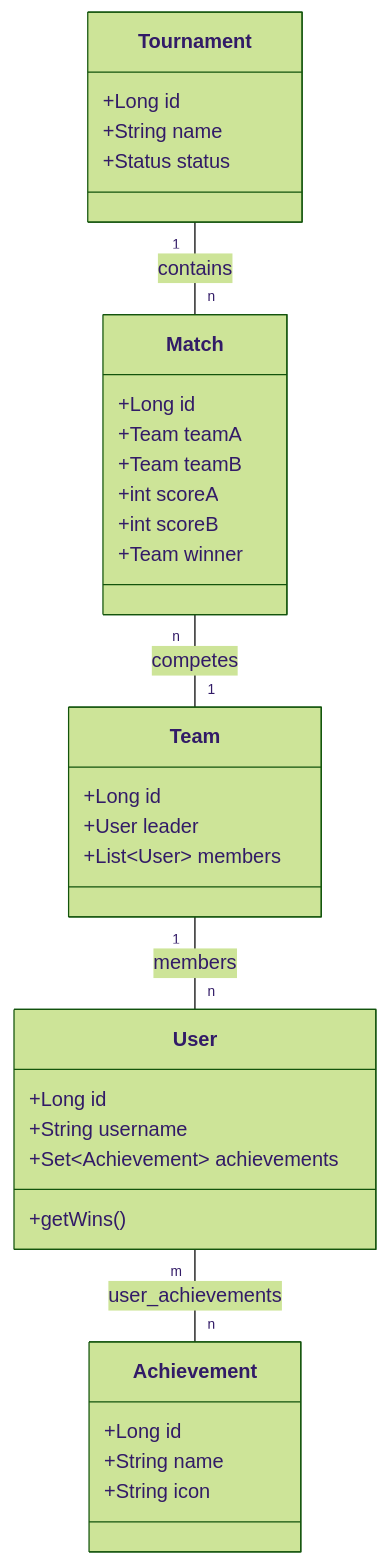
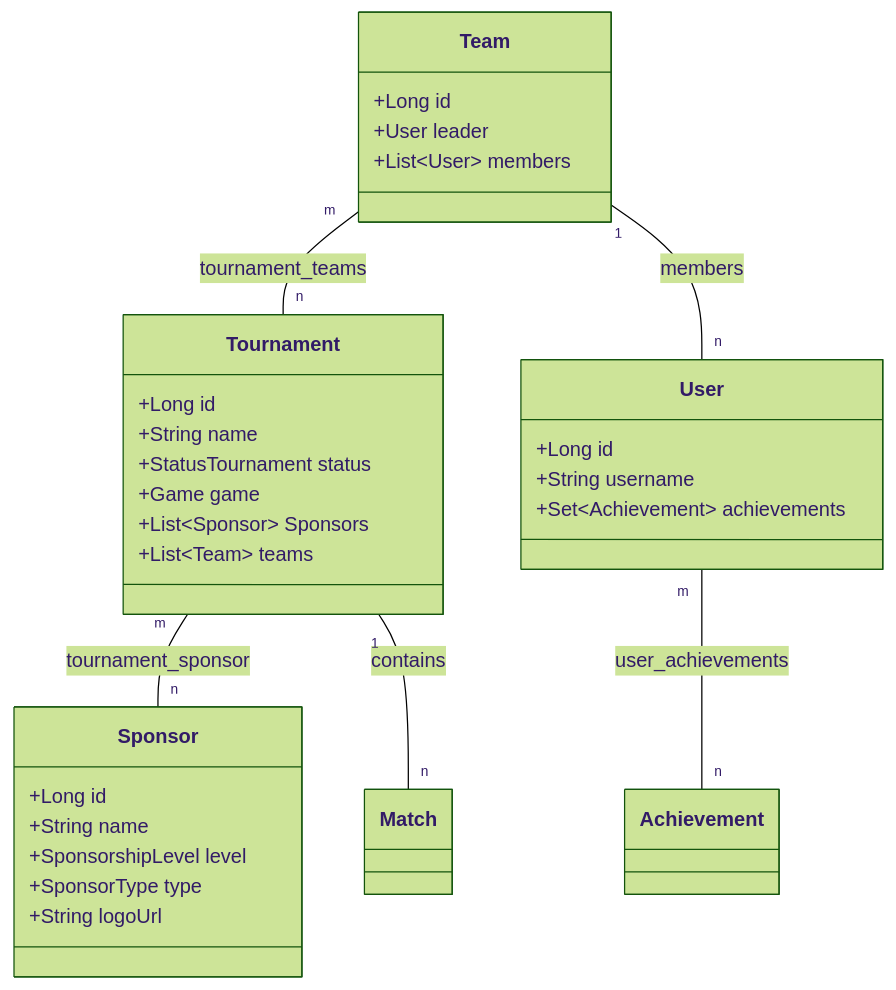
One commit to Kdeuz/calidad_software changed the first of 2 diagrams in NEWREADME.md. Above: the diagram before and after it, drawn with Mermaid (forest theme). The commit also changed other lines of this file and 2 other files, not shown here.

Commit message:
Méjora del código, límite para los VARCHAR (optimización), méjora del readme, implementación de los logros.

````diff
--- a/NEWREADME.md
+++ b/NEWREADME.md
@@ -1,37 +1,34 @@
 ```mermaid
 classDiagram
-class User {
-+Long id
-+String username
-+Set~Achievement~ achievements
-+getWins()
-}
-class Achievement {
-+Long id
-+String name
-+String icon
-}
-class Team {
-+Long id
-+User leader
-+List~User~ members
-}
-class Match {
-+Long id
-+Team teamA
-+Team teamB
-+int scoreA
-+int scoreB
-+Team winner
-}
-class Tournament {
-+Long id
-+String name
-+Status status
-}
+    class Tournament {
+        +Long id
+        +String name
+        +StatusTournament status
+        +Game game
+        +List~Sponsor~ Sponsors
+        +List~Team~ teams
+    }
+    class Sponsor {
+        +Long id
+        +String name
+        +SponsorshipLevel level
+        +SponsorType type
+        +String logoUrl
+    }
+    class Team {
+        +Long id
+        +User leader
+        +List~User~ members
+    }
+    class User {
+        +Long id
+        +String username
+        +Set~Achievement~ achievements
+    }
 
+    Tournament "m" -- "n" Sponsor : tournament_sponsor
+    Tournament "1" -- "n" Match : contains
+    Team "m" -- "n" Tournament : tournament_teams
     User "m" -- "n" Achievement : user_achievements
     Team "1" -- "n" User : members
-    Tournament "1" -- "n" Match : contains
-    Match "n" -- "1" Team : competes
 ```
````
